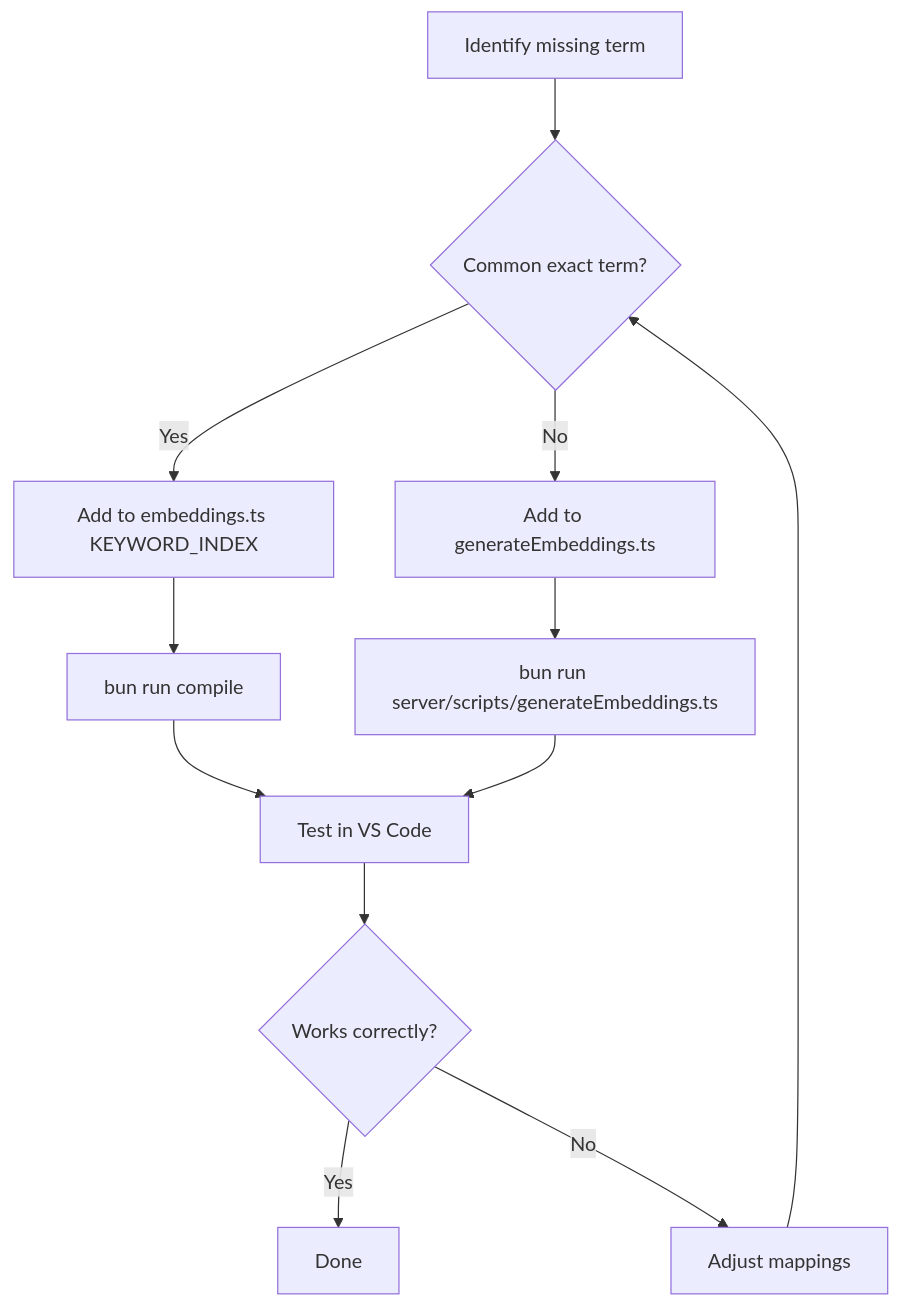
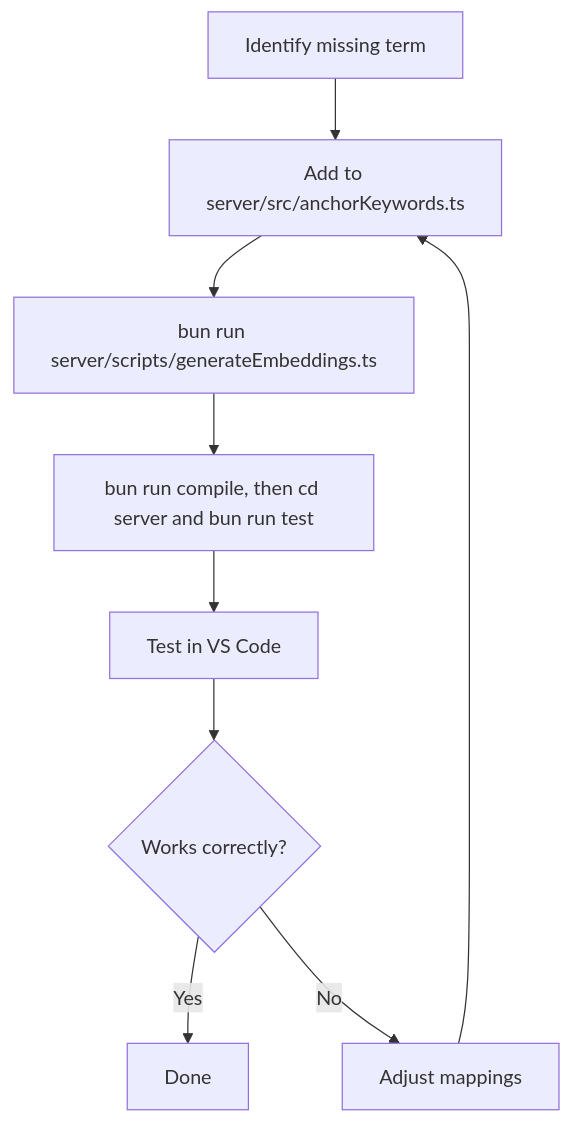
Before and after one commit to hed-standard/hed-lsp: the diagram in docs/extending.md, drawn with Mermaid. The commit also changed other lines of this file and 12 other files, not shown here.

````diff
--- a/docs/extending.md
+++ b/docs/extending.md
@@ -50,18 +40,12 @@
 ```mermaid
 flowchart TD
-    A[Identify missing term] --> B{Common exact term?}
+    A[Identify missing term] --> B[Add to server/src/anchorKeywords.ts]
+    B --> C[bun run server/scripts/generateEmbeddings.ts]
+    C --> D[bun run compile, then cd server and bun run test]
+    D --> E[Test in VS Code]
 
-    B -->|Yes| C[Add to embeddings.ts KEYWORD_INDEX]
-    B -->|No| D[Add to generateEmbeddings.ts]
-
-    C --> E[bun run compile]
-    D --> F[bun run server/scripts/generateEmbeddings.ts]
-
-    E --> G[Test in VS Code]
-    F --> G
-
-    G --> H{Works correctly?}
-    H -->|Yes| I[Done]
-    H -->|No| J[Adjust mappings]
-    J --> B
+    E --> F{Works correctly?}
+    F -->|Yes| G[Done]
+    F -->|No| H[Adjust mappings]
+    H --> B
 ```
````
